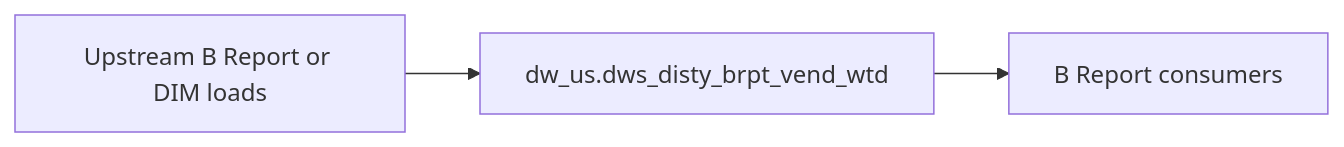
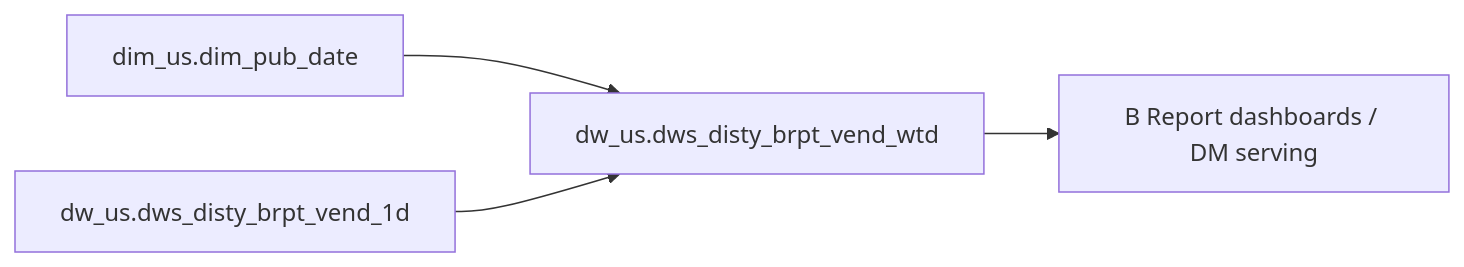
The diagram in backend/defaults/b_report/workspace/target/knowledgebase/b-report-us/dws_disty_brpt_vend_wtd.md (chengduhaha/data_agent), drawn with Mermaid before and after one commit. The commit also changed other lines of this file and 1108 other files, not shown here.

````diff
--- a/backend/defaults/b_report/workspace/target/knowledgebase/b-report-us/dws_disty_brpt_vend_wtd.md
+++ b/backend/defaults/b_report/workspace/target/knowledgebase/b-report-us/dws_disty_brpt_vend_wtd.md
@@ -153,8 +271,10 @@
 ```mermaid
 flowchart LR
-  upstream[Upstream B Report or DIM loads]
-  tgt["dw_us.dws_disty_brpt_vend_wtd"]
-  brpt[B Report consumers]
-  upstream --> tgt
-  tgt --> brpt
+  dw_us_dws_disty_brpt_vend_wtd["dw_us.dws_disty_brpt_vend_wtd"]
+  src0["dim_us.dim_pub_date"]
+  src0 --> dw_us_dws_disty_brpt_vend_wtd
+  src1["dw_us.dws_disty_brpt_vend_1d"]
+  src1 --> dw_us_dws_disty_brpt_vend_wtd
+  consumers["B Report dashboards / DM serving"]
+  dw_us_dws_disty_brpt_vend_wtd --> consumers
 ```
````
